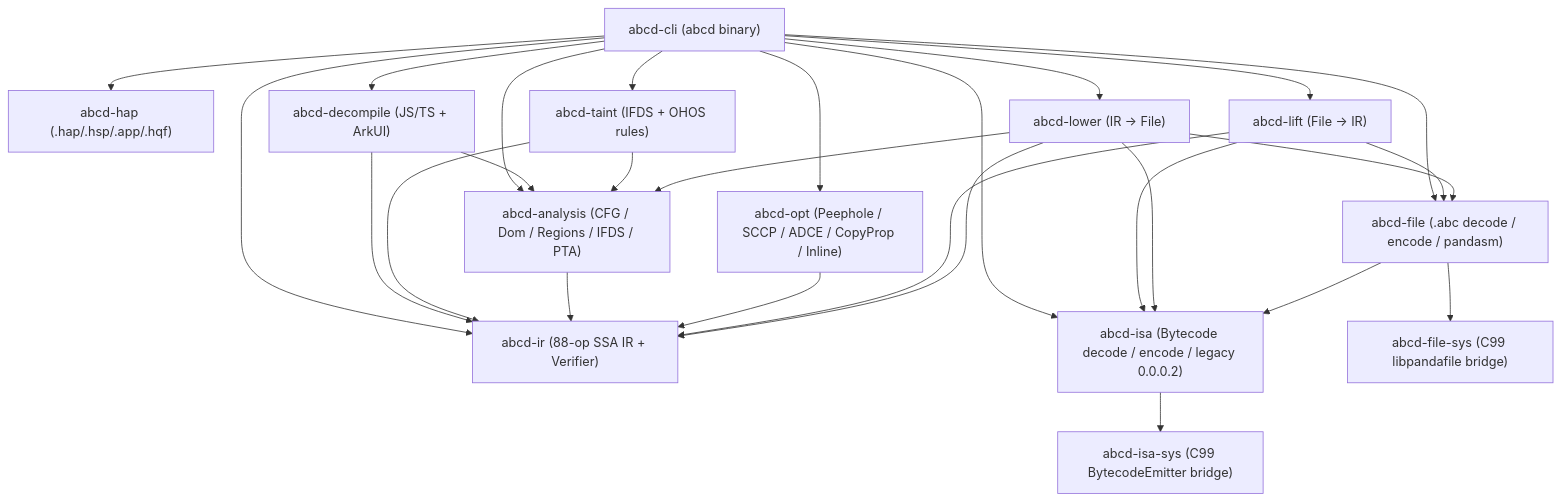
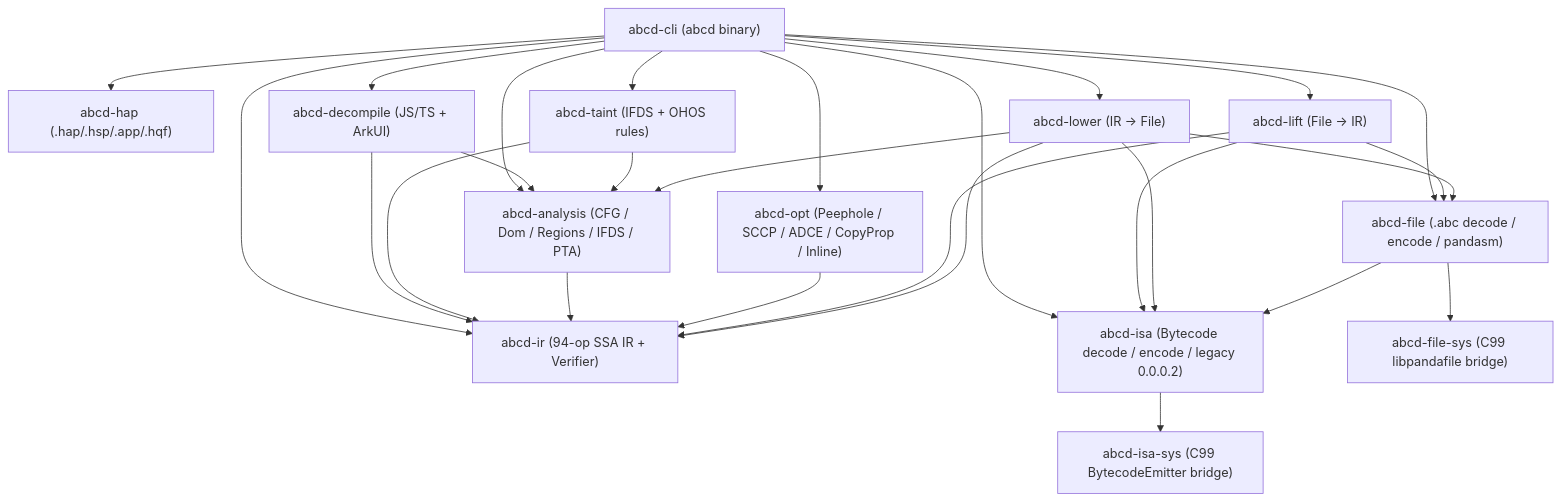
The diagram in design/overview.md (FXTi/abcd-rs), drawn with Mermaid before and after one commit. The commit also changed other lines of this file and 169 other files, not shown here.

````diff
--- a/design/overview.md
+++ b/design/overview.md
@@ -11,26 +11,26 @@
 ```mermaid
 flowchart TD
     CLI["abcd-cli (abcd binary)"]
     HAP["abcd-hap (.hap/.hsp/.app/.hqf)"]
     DEC["abcd-decompile (JS/TS + ArkUI)"]
     TNT["abcd-taint (IFDS + OHOS rules)"]
     ANA["abcd-analysis (CFG / Dom / Regions / IFDS / PTA)"]
     OPT["abcd-opt (Peephole / SCCP / ADCE / CopyProp / Inline)"]
     LFT["abcd-lift (File → IR)"]
     LWR["abcd-lower (IR → File)"]
-    IR["abcd-ir (88-op SSA IR + Verifier)"]
+    IR["abcd-ir (94-op SSA IR + Verifier)"]
     FIL["abcd-file (.abc decode / encode / pandasm)"]
     ISA["abcd-isa (Bytecode decode / encode / legacy 0.0.0.2)"]
     FSYS["abcd-file-sys (C99 libpandafile bridge)"]
     ISYS["abcd-isa-sys (C99 BytecodeEmitter bridge)"]
 
     CLI --> HAP & FIL & ISA & IR & LFT & OPT & LWR & ANA & TNT & DEC
     DEC --> IR & ANA
     TNT --> IR & ANA
     ANA --> IR
     OPT --> IR
     LFT --> FIL & IR & ISA
     LWR --> IR & ANA & FIL & ISA
     FIL --> FSYS & ISA
     ISA --> ISYS
 ```
````
